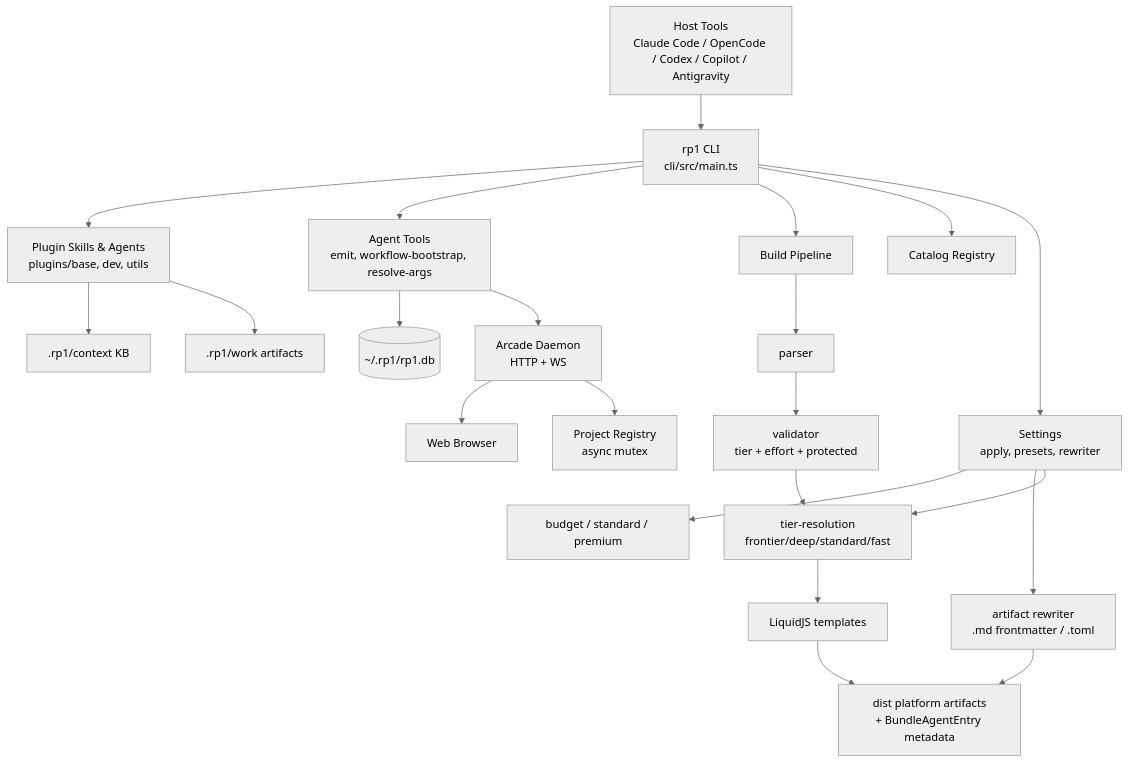
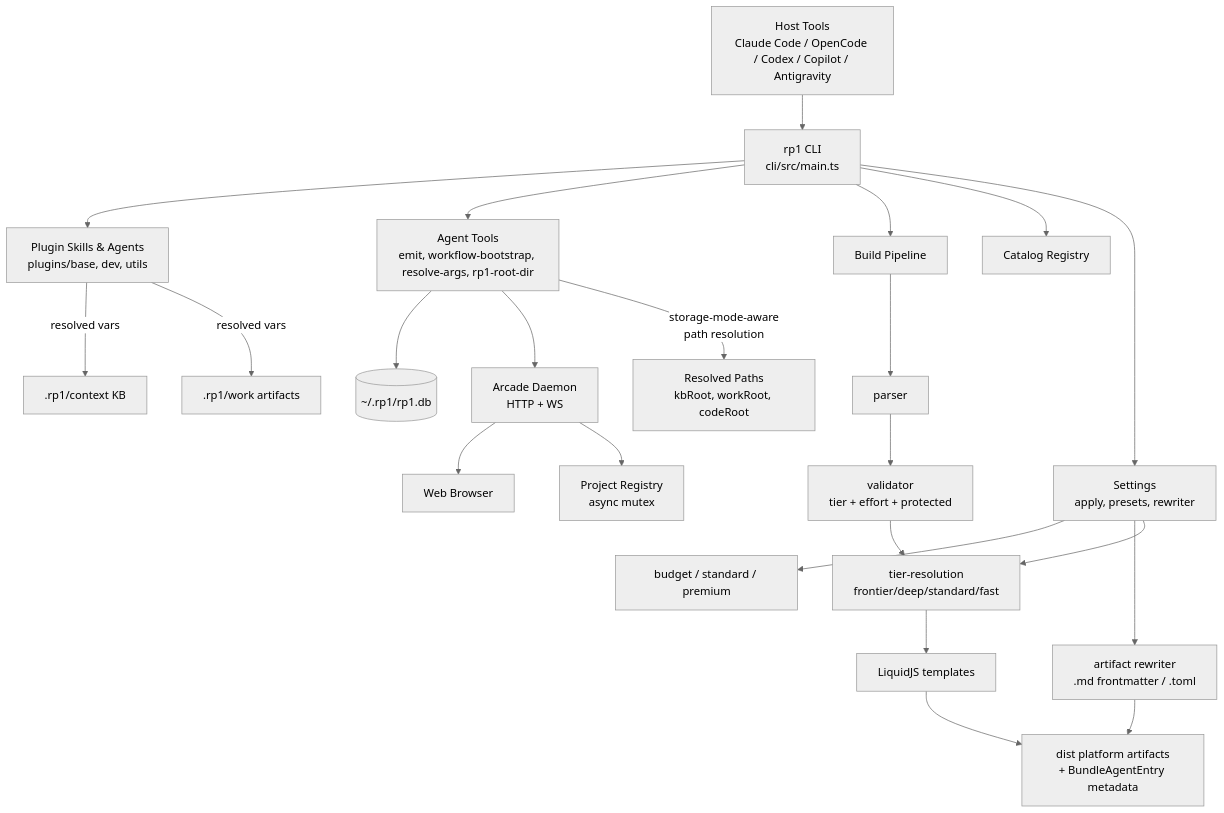
The diagram in .rp1/context/architecture.md (rp1-run/rp1), drawn with Mermaid (neutral theme) before and after one commit. The commit also changed other lines of this file and 30 other files, not shown here.

````diff
--- a/.rp1/context/architecture.md
+++ b/.rp1/context/architecture.md
@@ -11,24 +11,25 @@
 ```mermaid
 flowchart TB
     Host["Host Tools<br/>Claude Code / OpenCode / Codex / Copilot / Antigravity"] --> CLI["rp1 CLI<br/>cli/src/main.ts"]
     CLI --> Skills["Plugin Skills & Agents<br/>plugins/base, dev, utils"]
-    CLI --> AgentTools["Agent Tools<br/>emit, workflow-bootstrap, resolve-args"]
+    CLI --> AgentTools["Agent Tools<br/>emit, workflow-bootstrap, resolve-args, rp1-root-dir"]
     CLI --> Build["Build Pipeline"]
     CLI --> Catalog["Catalog Registry"]
     CLI --> Settings["Settings<br/>apply, presets, rewriter"]
     AgentTools --> EventDB[("~/.rp1/rp1.db")]
     AgentTools --> Daemon["Arcade Daemon<br/>HTTP + WS"]
     Daemon --> Browser["Web Browser"]
     Daemon --> Registry["Project Registry<br/>async mutex"]
-    Skills --> KB[".rp1/context KB"]
-    Skills --> Work[".rp1/work artifacts"]
+    AgentTools -->|"storage-mode-aware<br/>path resolution"| PathRes["Resolved Paths<br/>kbRoot, workRoot, codeRoot"]
+    Skills -->|"resolved vars"| KB[".rp1/context KB"]
+    Skills -->|"resolved vars"| Work[".rp1/work artifacts"]
     Build --> Parse["parser"]
     Parse --> Validate["validator<br/>tier + effort + protected"]
     Validate --> TierRes["tier-resolution<br/>frontier/deep/standard/fast"]
     TierRes --> Render["LiquidJS templates"]
     Render --> Artifacts["dist platform artifacts<br/>+ BundleAgentEntry metadata"]
     Settings --> Presets["budget / standard / premium"]
     Settings --> Rewriter["artifact rewriter<br/>.md frontmatter / .toml"]
     Settings --> TierRes
     Rewriter --> Artifacts
 ```
````
